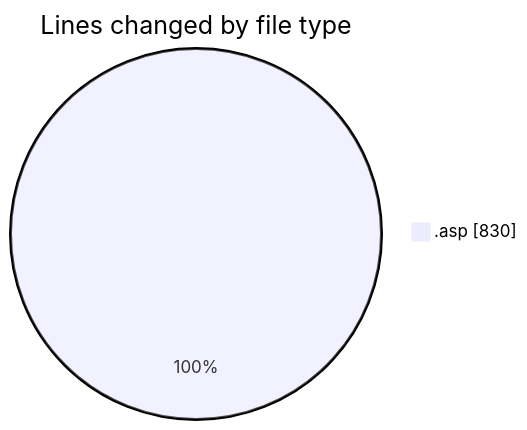
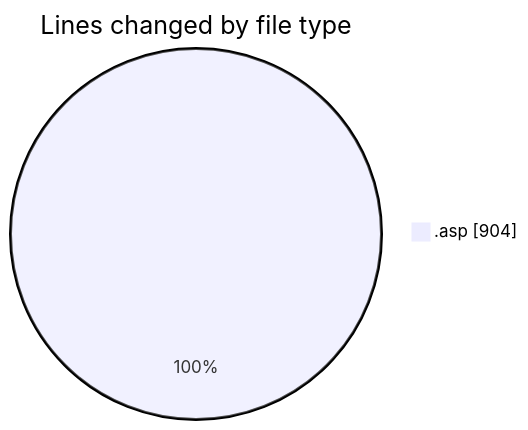
One commit to julien-gomy/code-tracking changed the first of 2 diagrams in 2025-10-28/usr_aleoudev_fr__workspace_/README.md. Above: the diagram before and after it, drawn with Mermaid. The commit also changed other lines of this file and 1 other file, not shown here.

````diff
--- a/2025-10-28/usr_aleoudev_fr__workspace_/README.md
+++ b/2025-10-28/usr_aleoudev_fr__workspace_/README.md
@@ -23,5 +24,5 @@
 ```mermaid
 pie showData
 title Lines changed by file type
-".asp" : 830
+".asp" : 904
 ```
````
